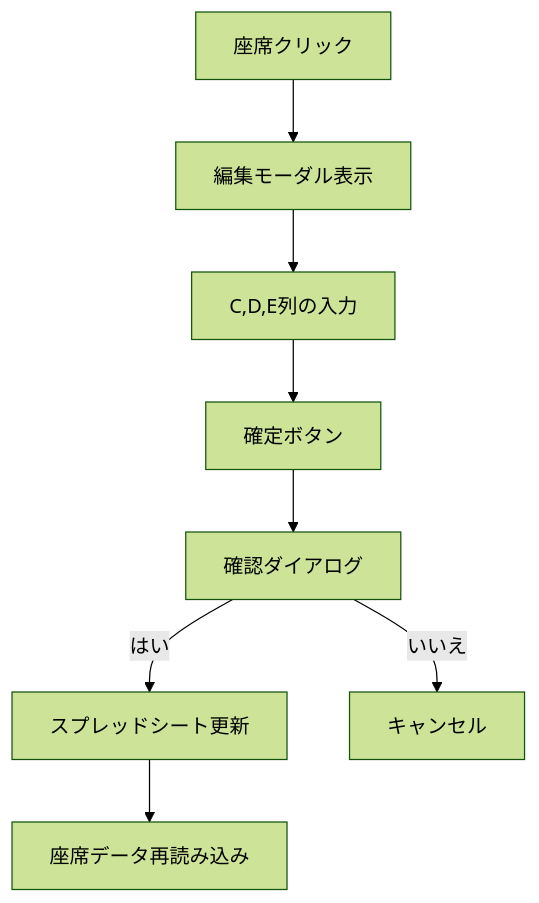
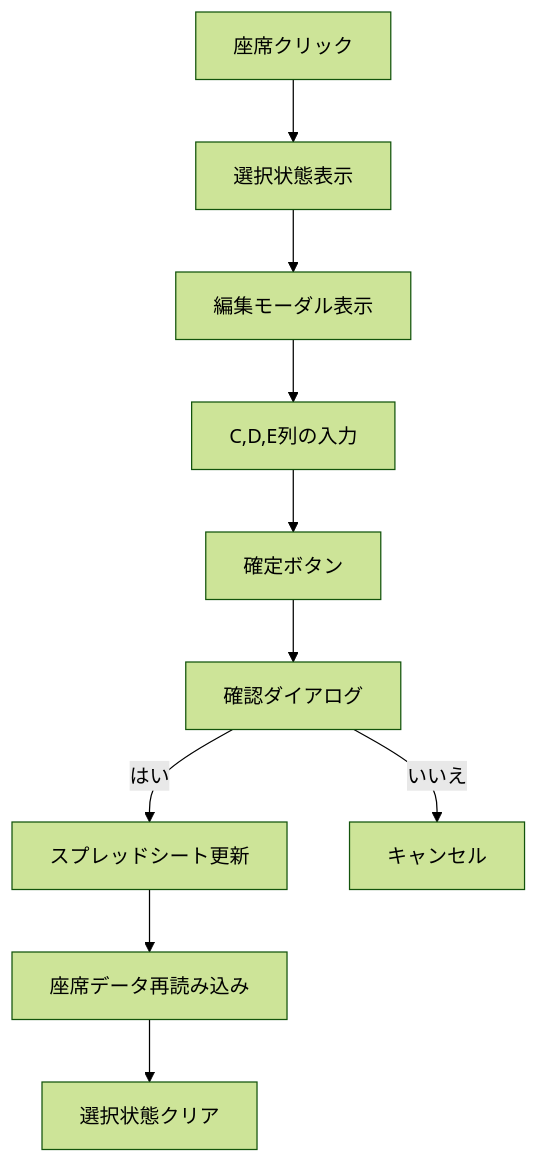
Before and after one commit to J105588/tickets-test-master: the third of 4 diagrams in README.md, drawn with Mermaid (forest theme). The commit also changed other lines of this file and 2 other files, not shown here.

````diff
--- a/README.md
+++ b/README.md
@@ -249,10 +376,12 @@
 ```mermaid
 graph TD
-  A[座席クリック] --> B[編集モーダル表示]
-  B --> C[C,D,E列の入力]
-  C --> D[確定ボタン]
-  D --> E[確認ダイアログ]
-  E -->|はい| F[スプレッドシート更新]
-  E -->|いいえ| G[キャンセル]
-  F --> H[座席データ再読み込み]
+  A[座席クリック] --> B[選択状態表示]
+  B --> C[編集モーダル表示]
+  C --> D[C,D,E列の入力]
+  D --> E[確定ボタン]
+  E --> F[確認ダイアログ]
+  F -->|はい| G[スプレッドシート更新]
+  F -->|いいえ| H[キャンセル]
+  G --> I[座席データ再読み込み]
+  I --> J[選択状態クリア]
 ```
````
